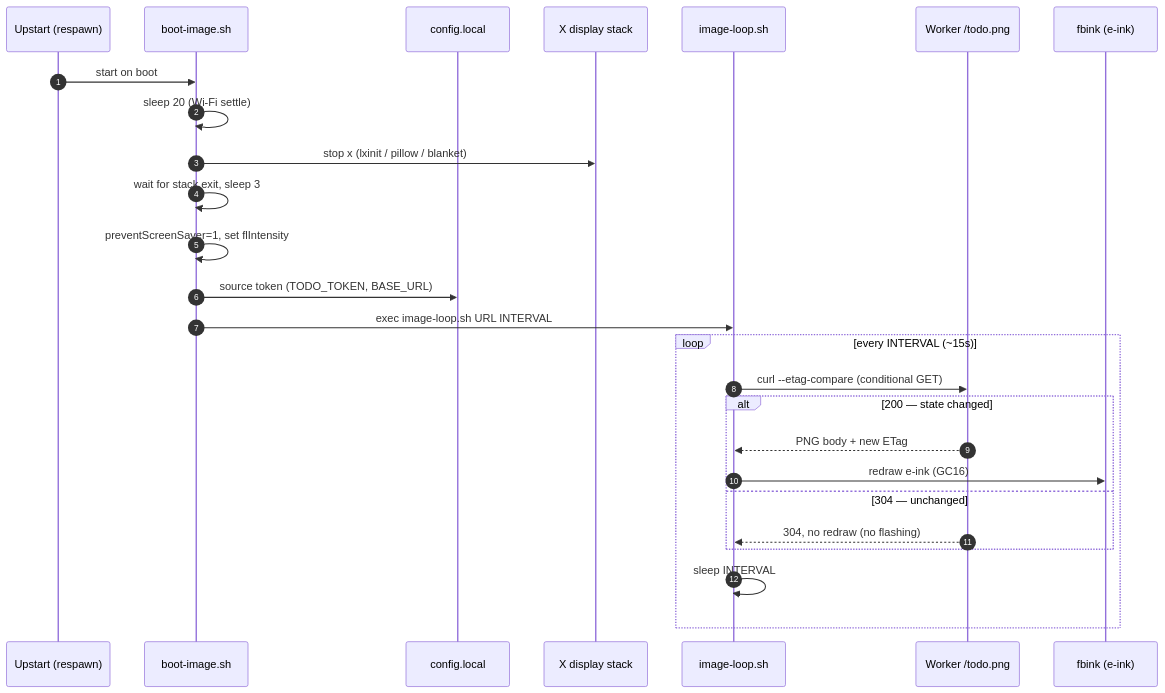
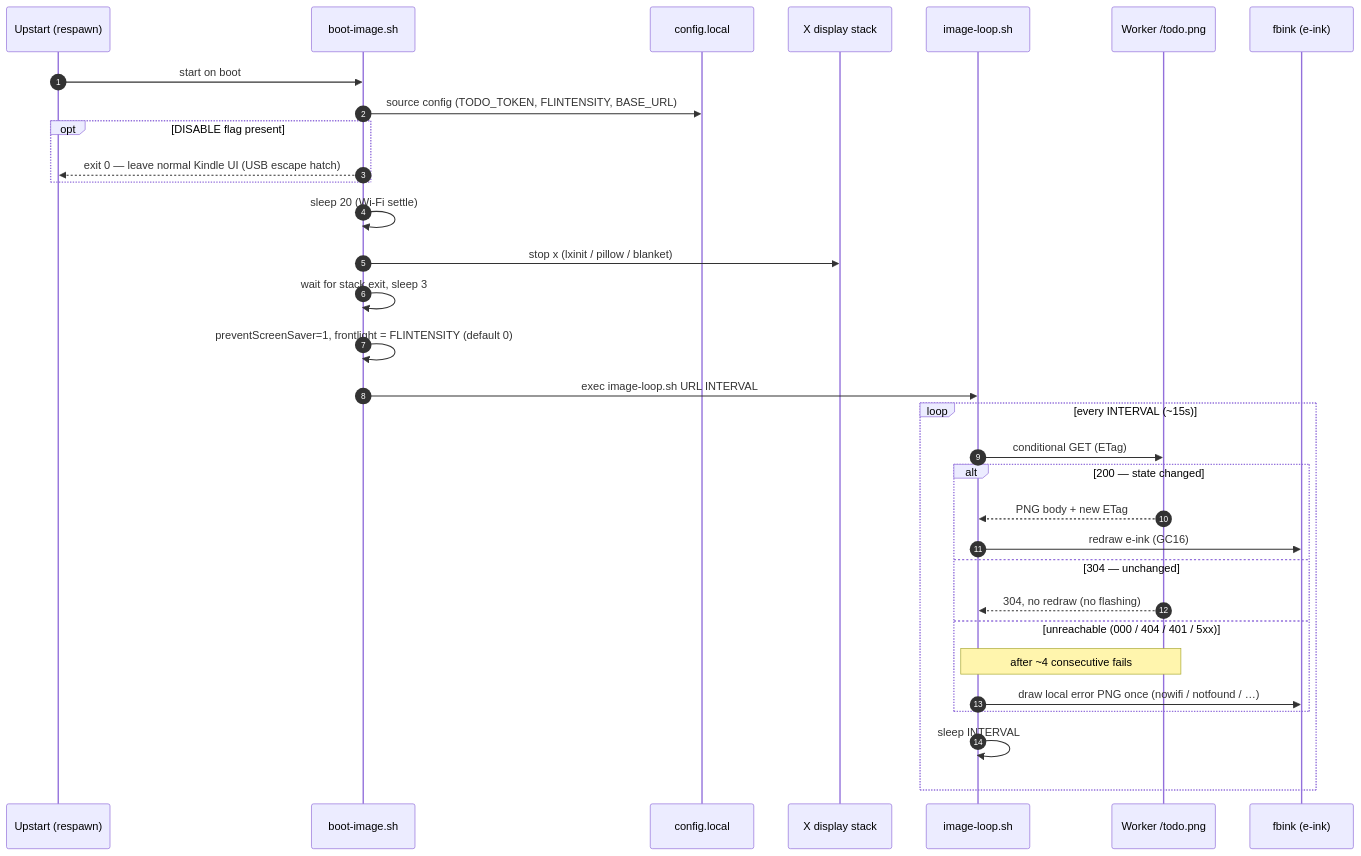
One commit to dalager/kindle-todo changed the fourth of 4 diagrams in README.md. Above: the diagram before and after it, drawn with Mermaid. The commit also changed other lines of this file, not shown here.

First line of the commit message:
Update sequence diagrams for FLINTENSITY lookup and error modes

````diff
--- a/README.md
+++ b/README.md
@@ -184,30 +193,36 @@
 ```mermaid
 sequenceDiagram
     autonumber
     participant U as Upstart (respawn)
     participant B as boot-image.sh
     participant Cfg as config.local
     participant X as X display stack
     participant L as image-loop.sh
     participant W as Worker /todo.png
     participant FB as fbink (e-ink)
 
     U->>B: start on boot
+    B->>Cfg: source config (TODO_TOKEN, FLINTENSITY, BASE_URL)
+    opt DISABLE flag present
+        B-->>U: exit 0 — leave normal Kindle UI (USB escape hatch)
+    end
     B->>B: sleep 20 (Wi-Fi settle)
     B->>X: stop x (lxinit / pillow / blanket)
     B->>B: wait for stack exit, sleep 3
-    B->>B: preventScreenSaver=1, set flIntensity
-    B->>Cfg: source token (TODO_TOKEN, BASE_URL)
+    B->>B: preventScreenSaver=1, frontlight = FLINTENSITY (default 0)
     B->>L: exec image-loop.sh URL INTERVAL
 
     loop every INTERVAL (~15s)
-        L->>W: curl --etag-compare (conditional GET)
+        L->>W: conditional GET (ETag)
         alt 200 — state changed
             W-->>L: PNG body + new ETag
             L->>FB: redraw e-ink (GC16)
         else 304 — unchanged
             W-->>L: 304, no redraw (no flashing)
+        else unreachable (000 / 404 / 401 / 5xx)
+            Note over L,W: after ~4 consecutive fails
+            L->>FB: draw local error PNG once (nowifi / notfound / …)
         end
         L->>L: sleep INTERVAL
     end
 ```
````
